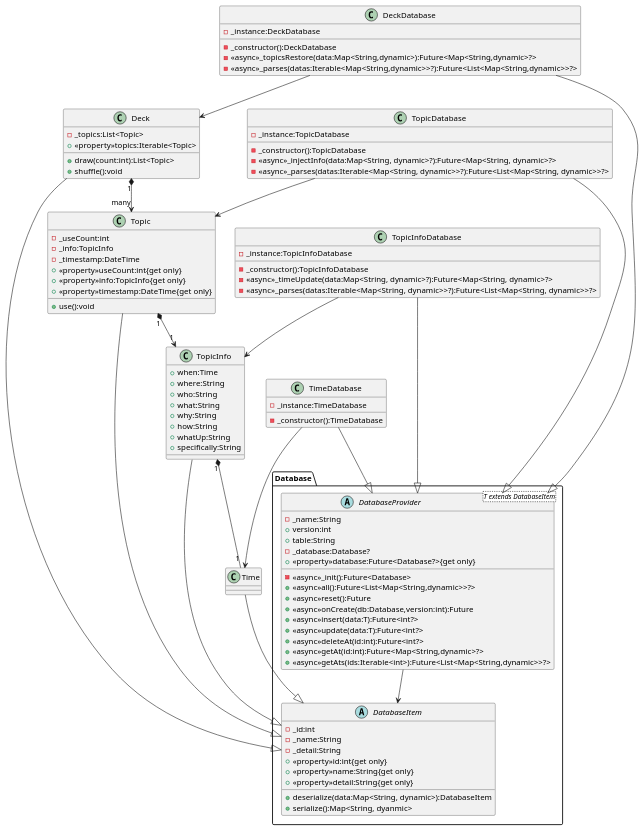
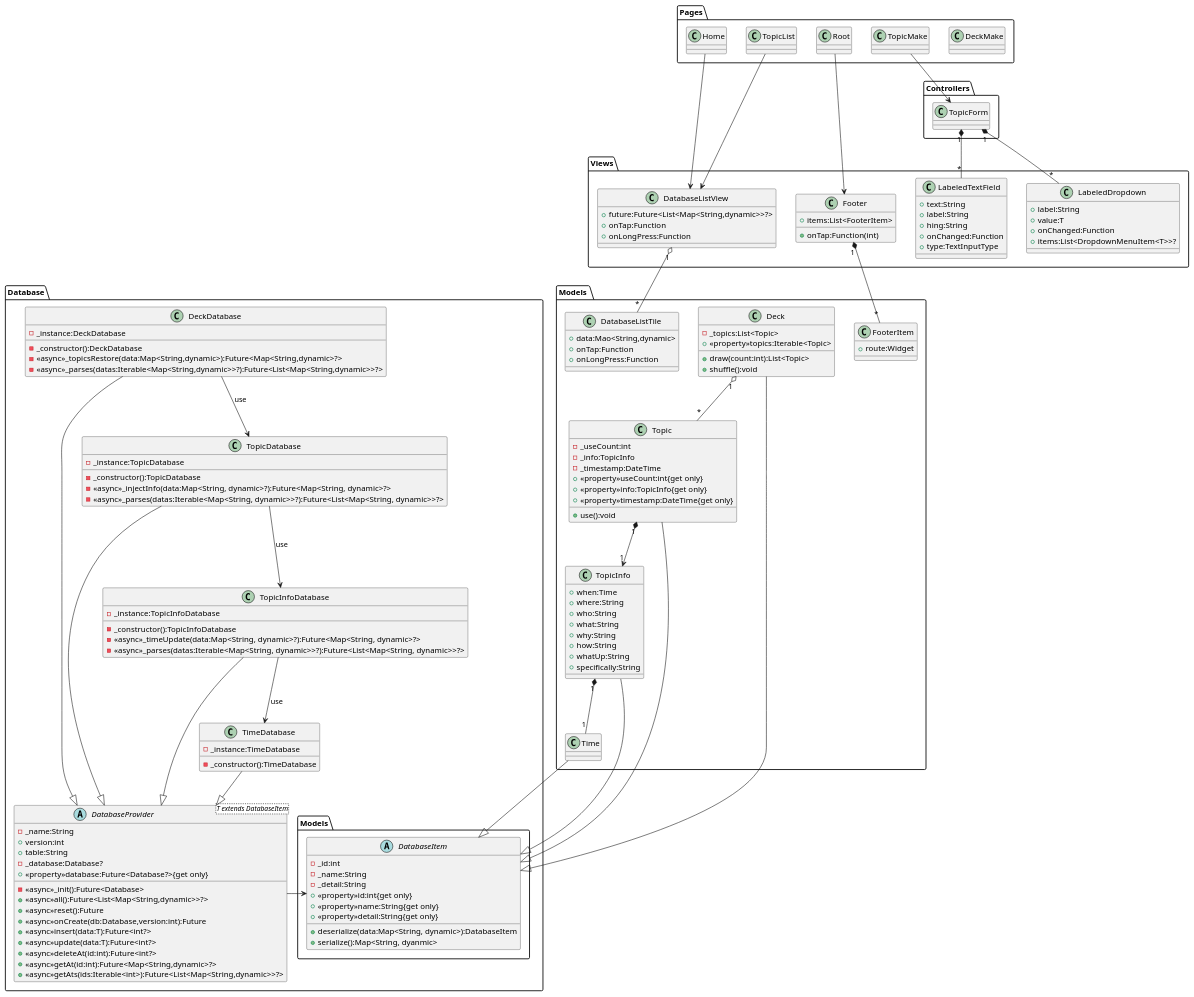
Before and after one commit to nmskm240/conversation_deck: the diagram in classDiagram.pu, drawn with PlantUML.

Commit message:
UML更新

```diff
--- a/classDiagram.pu
+++ b/classDiagram.pu
@@ -1,109 +1,176 @@
 @startuml Conversation deck cards
+package Controllers
+{
+    class TopicForm
+}
+
 package Database
 {
-    abstract DatabaseItem
+    package Models
     {
-        -_id:int
-        -_name:String
-        -_detail:String
-        +<<property>>id:int{get only}
-        +<<property>>name:String{get only}
-        +<<property>>detail:String{get only}
-        +deserialize(data:Map<String, dynamic>):DatabaseItem
-        +serialize():Map<String, dyanmic>
+        abstract DatabaseItem
+        {
+            -_id:int
+            -_name:String
+            -_detail:String
+            +<<property>>id:int{get only}
+            +<<property>>name:String{get only}
+            +<<property>>detail:String{get only}
+            +deserialize(data:Map<String, dynamic>):DatabaseItem
+            +serialize():Map<String, dyanmic>
+        }
     }
     abstract DatabaseProvider<T extends DatabaseItem>
     {
         -_name:String
         +version:int
         +table:String
         -_database:Database?
         +<<property>>database:Future<Database?>{get only}
         -<<async>>_init():Future<Database>
         +<<async>>all():Future<List<Map<String,dynamic>>?>
         +<<async>>reset():Future
         +<<async>>onCreate(db:Database,version:int):Future
         +<<async>>insert(data:T):Future<int?>
         +<<async>>update(data:T):Future<int?>
         +<<async>>deleteAt(id:int):Future<int?>
         +<<async>>getAt(id:int):Future<Map<String,dynamic>?>
         +<<async>>getAts(ids:Iterable<int>):Future<List<Map<String,dynamic>>?>
     }
-}
-class Deck
-{
-    -_topics:List<Topic>
-    +<<property>>topics:Iterable<Topic>
-    +draw(count:int):List<Topic>
-    +shuffle():void
-}
-class DeckDatabase
-{
-    -_instance:DeckDatabase
-    -_constructor():DeckDatabase
-    -<<async>>_topicsRestore(data:Map<String,dynamic>):Future<Map<String,dynamic>?>
-    -<<async>>_parses(datas:Iterable<Map<String,dynamic>>?):Future<List<Map<String,dynamic>>?>
-}
-class Topic
-{
-    -_useCount:int
-    -_info:TopicInfo
-    -_timestamp:DateTime
-    +<<property>>useCount:int{get only}
-    +<<property>>info:TopicInfo{get only}
-    +<<property>>timestamp:DateTime{get only}
-    +use():void
-}
-class TopicInfo
-{
-    +when:Time
-    +where:String
-    +who:String
-    +what:String
-    +why:String
-    +how:String
-    +whatUp:String
-    +specifically:String
-}
-class TopicInfoDatabase
-{
-    -_instance:TopicInfoDatabase
-    -_constructor():TopicInfoDatabase
-    -<<async>>_timeUpdate(data:Map<String, dynamic>?):Future<Map<String, dynamic>?>
-    -<<async>>_parses(datas:Iterable<Map<String, dynamic>>?):Future<List<Map<String, dynamic>>?>
-}
-class TopicDatabase
-{
-    -_instance:TopicDatabase
-    -_constructor():TopicDatabase
-    -<<async>>_injectInfo(data:Map<String, dynamic>?):Future<Map<String, dynamic>?>
-    -<<async>>_parses(datas:Iterable<Map<String, dynamic>>?):Future<List<Map<String, dynamic>>?>
-}
-class Time
-class TimeDatabase
-{
-    -_instance:TimeDatabase
-    -_constructor():TimeDatabase
+    class DeckDatabase
+    {
+        -_instance:DeckDatabase
+        -_constructor():DeckDatabase
+        -<<async>>_topicsRestore(data:Map<String,dynamic>):Future<Map<String,dynamic>?>
+        -<<async>>_parses(datas:Iterable<Map<String,dynamic>>?):Future<List<Map<String,dynamic>>?>
+    }
+    class TimeDatabase
+    {
+        -_instance:TimeDatabase
+        -_constructor():TimeDatabase
+    }
+    class TopicDatabase
+    {
+        -_instance:TopicDatabase
+        -_constructor():TopicDatabase
+        -<<async>>_injectInfo(data:Map<String, dynamic>?):Future<Map<String, dynamic>?>
+        -<<async>>_parses(datas:Iterable<Map<String, dynamic>>?):Future<List<Map<String, dynamic>>?>
+    }
+    class TopicInfoDatabase
+    {
+        -_instance:TopicInfoDatabase
+        -_constructor():TopicInfoDatabase
+        -<<async>>_timeUpdate(data:Map<String, dynamic>?):Future<Map<String, dynamic>?>
+        -<<async>>_parses(datas:Iterable<Map<String, dynamic>>?):Future<List<Map<String, dynamic>>?>
+    }
 }
 
-DatabaseProvider --> DatabaseItem
-DeckDatabase --> Deck
-TopicDatabase --> Topic
-TopicInfoDatabase --> TopicInfo
-TimeDatabase --> Time
+package "Models "
+{
+    class DatabaseListTile
+    {
+        +data:Mao<String,dynamic>
+        +onTap:Function
+        +onLongPress:Function
+    }
+    class Deck
+    {
+        -_topics:List<Topic>
+        +<<property>>topics:Iterable<Topic>
+        +draw(count:int):List<Topic>
+        +shuffle():void
+    }
+    class FooterItem
+    {
+        +route:Widget
+    }
+    class Time
+    class Topic
+    {
+        -_useCount:int
+        -_info:TopicInfo
+        -_timestamp:DateTime
+        +<<property>>useCount:int{get only}
+        +<<property>>info:TopicInfo{get only}
+        +<<property>>timestamp:DateTime{get only}
+        +use():void
+    }
+    class TopicInfo
+    {
+        +when:Time
+        +where:String
+        +who:String
+        +what:String
+        +why:String
+        +how:String
+        +whatUp:String
+        +specifically:String
+    }
+}
+package Pages
+{
+    class DeckMake
+    class Home
+    class Root
+    class TopicList
+    class TopicMake
+}
+package Views
+{
+    class DatabaseListView
+    {
+        +future:Future<List<Map<String,dynamic>>?>
+        +onTap:Function
+        +onLongPress:Function
+    }
+    class Footer
+    {
+        +items:List<FooterItem>
+        +onTap:Function(int)
+    }
+    class LabeledDropdown
+    {
+        +label:String
+        +value:T
+        +onChanged:Function
+        +items:List<DropdownMenuItem<T>>?
+    }
+    class LabeledTextField
+    {
+        +text:String
+        +label:String
+        +hing:String
+        +onChanged:Function
+        +type:TextInputType
+    }
+}
+
+DatabaseProvider -left-> DatabaseItem
+DeckDatabase --> TopicDatabase : use
+TopicDatabase --> TopicInfoDatabase : use
+TopicInfoDatabase --> TimeDatabase : use
+Root --> Footer
+Home --> DatabaseListView
+TopicList --> DatabaseListView
+TopicMake --> TopicForm
 
 DeckDatabase --|> DatabaseProvider
 TopicDatabase --|> DatabaseProvider
 TopicInfoDatabase --|> DatabaseProvider
 TimeDatabase --|> DatabaseProvider
 Deck --|> DatabaseItem
 Topic --|> DatabaseItem
 TopicInfo --|> DatabaseItem
 Time --|> DatabaseItem
 
 Topic "1" *--> "1" TopicInfo
-Deck "1" *--> "many" Topic
 
 TopicInfo "1" *-- "1" Time
+TopicForm "1" *-- "*" LabeledDropdown
+TopicForm "1" *-- "*" LabeledTextField
+Footer "1" *-- "*" FooterItem
+
+Deck "1" o-- "*" Topic
+DatabaseListView "1" o-- "*" DatabaseListTile
 
 @enduml
```
